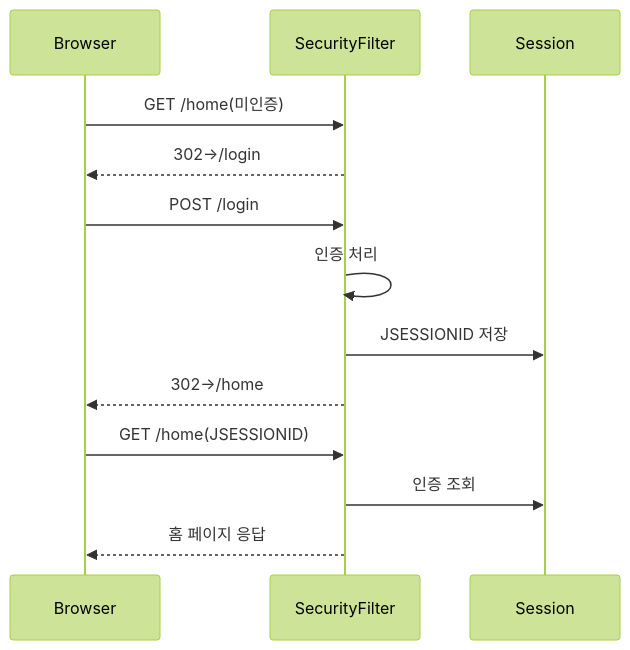
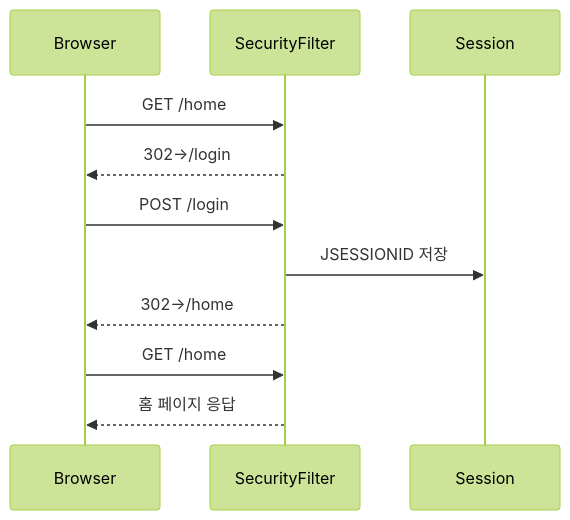
The first of 2 diagrams in _posts/security/2021-01-14-Form 인증 방식.md (yjkim2015/yjkim2015.github.io), drawn with Mermaid (forest theme) before and after one commit. The commit also changed 155 other files, not shown here.

First line of the commit message:
Mermaid 전면 수정: subgraph 제거, participant/노드/줄수 축소 (342블록)

````diff
--- a/_posts/security/2021-01-14-Form 인증 방식.md
+++ b/_posts/security/2021-01-14-Form 인증 방식.md
@@ -20,15 +20,13 @@
 ```mermaid
 sequenceDiagram
     participant B as Browser
     participant F as SecurityFilter
     participant S as Session
-    B->>F: GET /home(미인증)
+    B->>F: GET /home
     F-->>B: 302→/login
     B->>F: POST /login
-    F->>F: 인증 처리
     F->>S: JSESSIONID 저장
     F-->>B: 302→/home
-    B->>F: GET /home(JSESSIONID)
-    F->>S: 인증 조회
+    B->>F: GET /home
     F-->>B: 홈 페이지 응답
 ```
````
